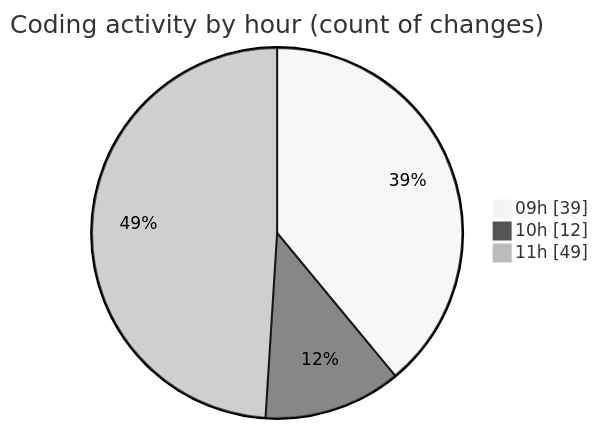
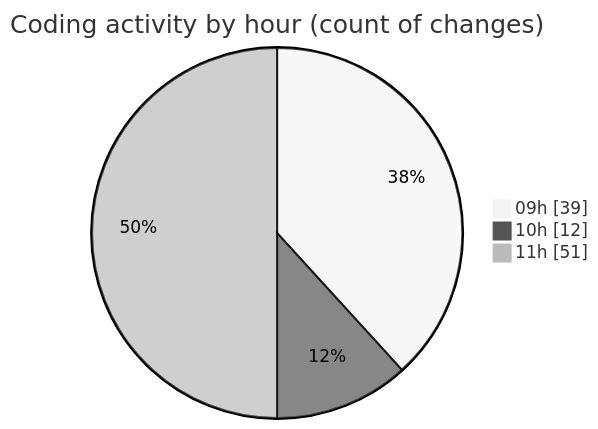
The second of 2 diagrams in 2025-03-04/cda/README.md (momahboobian/code-tracking), drawn with Mermaid (neutral theme) before and after one commit. The commit also changed other lines of this file and 1 other file, not shown here.

````diff
--- a/2025-03-04/cda/README.md
+++ b/2025-03-04/cda/README.md
@@ -33,7 +33,7 @@
 ```mermaid
 pie showData
 title Coding activity by hour (count of changes)
 "09h" : 39
 "10h" : 12
-"11h" : 49
+"11h" : 51
 ```
````
